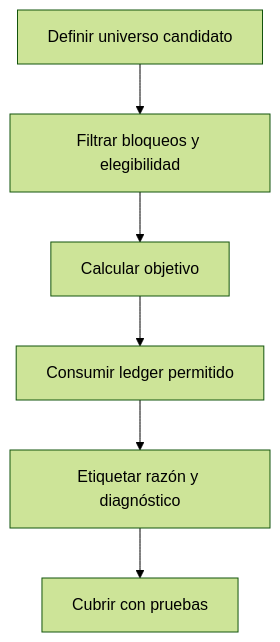
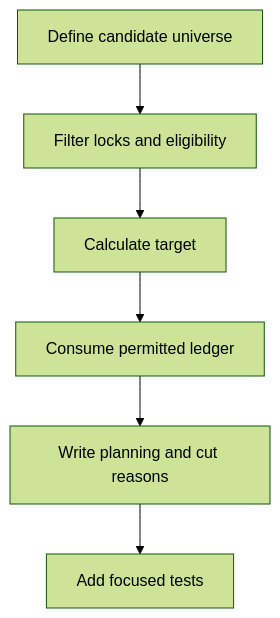
Before and after one commit to bryanzuniga-rappi/MOTHER_BASE: the second of 2 diagrams in README.md, drawn with Mermaid (forest theme). The commit also changed other lines of this file and 1 other file, not shown here.

````diff
--- a/README.md
+++ b/README.md
@@ -765,8 +239,8 @@
 ```mermaid
 flowchart TD
-    A["Definir universo candidato"] --> B["Filtrar bloqueos y elegibilidad"]
-    B --> C["Calcular objetivo"]
-    C --> D["Consumir ledger permitido"]
-    D --> E["Etiquetar razón y diagnóstico"]
-    E --> F["Cubrir con pruebas"]
+    A["Define candidate universe"] --> B["Filter locks and eligibility"]
+    B --> C["Calculate target"]
+    C --> D["Consume permitted ledger"]
+    D --> E["Write planning and cut reasons"]
+    E --> F["Add focused tests"]
 ```
````
